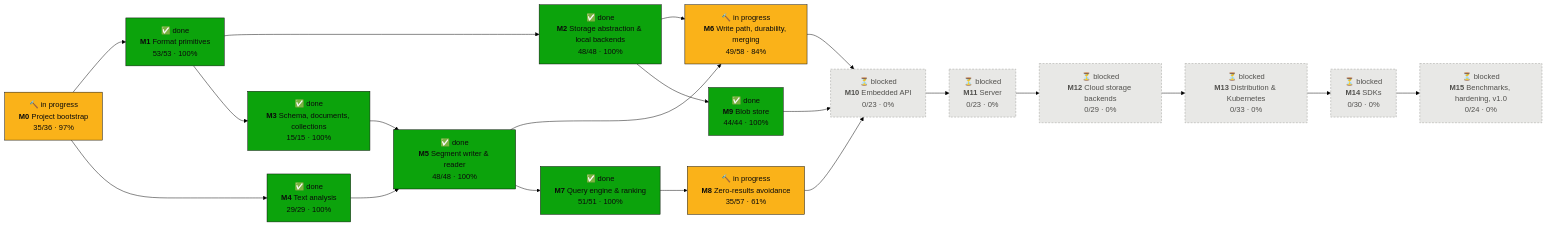
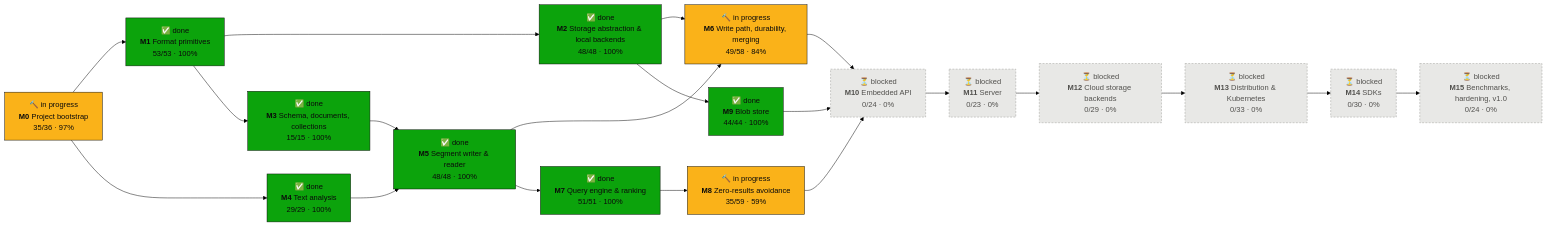
One commit to tomiok/persiaDB changed the first of 2 diagrams in PROGRESS.md. Above: the diagram before and after it, drawn with Mermaid (forest theme). The commit also changed other lines of this file and 3 other files, not shown here.

Commit message:
docs(roadmap): new leaves 8.1.29, 8.1.30 (v1.1) and 10.1.10 (v1.0) found in 8.2.12 and 8.2.13

````diff
--- a/PROGRESS.md
+++ b/PROGRESS.md
@@ -16,42 +16,42 @@
 ```mermaid
 flowchart LR
   M0["🔨 in progress<br/><b>M0</b> Project bootstrap<br/>35/36 · 97%"]:::doing
   M1["✅ done<br/><b>M1</b> Format primitives<br/>53/53 · 100%"]:::done
   M2["✅ done<br/><b>M2</b> Storage abstraction & local backends<br/>48/48 · 100%"]:::done
   M3["✅ done<br/><b>M3</b> Schema, documents, collections<br/>15/15 · 100%"]:::done
   M4["✅ done<br/><b>M4</b> Text analysis<br/>29/29 · 100%"]:::done
   M5["✅ done<br/><b>M5</b> Segment writer & reader<br/>48/48 · 100%"]:::done
   M6["🔨 in progress<br/><b>M6</b> Write path, durability, merging<br/>49/58 · 84%"]:::doing
   M7["✅ done<br/><b>M7</b> Query engine & ranking<br/>51/51 · 100%"]:::done
-  M8["🔨 in progress<br/><b>M8</b> Zero-results avoidance<br/>35/57 · 61%"]:::doing
+  M8["🔨 in progress<br/><b>M8</b> Zero-results avoidance<br/>35/59 · 59%"]:::doing
   M9["✅ done<br/><b>M9</b> Blob store<br/>44/44 · 100%"]:::done
-  M10["⏳ blocked<br/><b>M10</b> Embedded API<br/>0/23 · 0%"]:::blocked
+  M10["⏳ blocked<br/><b>M10</b> Embedded API<br/>0/24 · 0%"]:::blocked
   M11["⏳ blocked<br/><b>M11</b> Server<br/>0/23 · 0%"]:::blocked
   M12["⏳ blocked<br/><b>M12</b> Cloud storage backends<br/>0/29 · 0%"]:::blocked
   M13["⏳ blocked<br/><b>M13</b> Distribution & Kubernetes<br/>0/33 · 0%"]:::blocked
   M14["⏳ blocked<br/><b>M14</b> SDKs<br/>0/30 · 0%"]:::blocked
   M15["⏳ blocked<br/><b>M15</b> Benchmarks, hardening, v1.0<br/>0/24 · 0%"]:::blocked
   M0 --> M1
   M1 --> M2
   M1 --> M3
   M0 --> M4
   M3 --> M5
   M4 --> M5
   M2 --> M6
   M5 --> M6
   M5 --> M7
   M7 --> M8
   M2 --> M9
   M6 --> M10
   M8 --> M10
   M9 --> M10
   M10 --> M11
   M11 --> M12
   M12 --> M13
   M13 --> M14
   M14 --> M15
   classDef done fill:#0ca30c,stroke:#0b0b0b,color:#0b0b0b
   classDef doing fill:#fab219,stroke:#0b0b0b,color:#0b0b0b
   classDef ready fill:#fcfcfb,stroke:#0b0b0b,stroke-width:2px,color:#0b0b0b
   classDef blocked fill:#e8e8e6,stroke:#9a9a96,stroke-dasharray:4 3,color:#52514e
 ```
````
